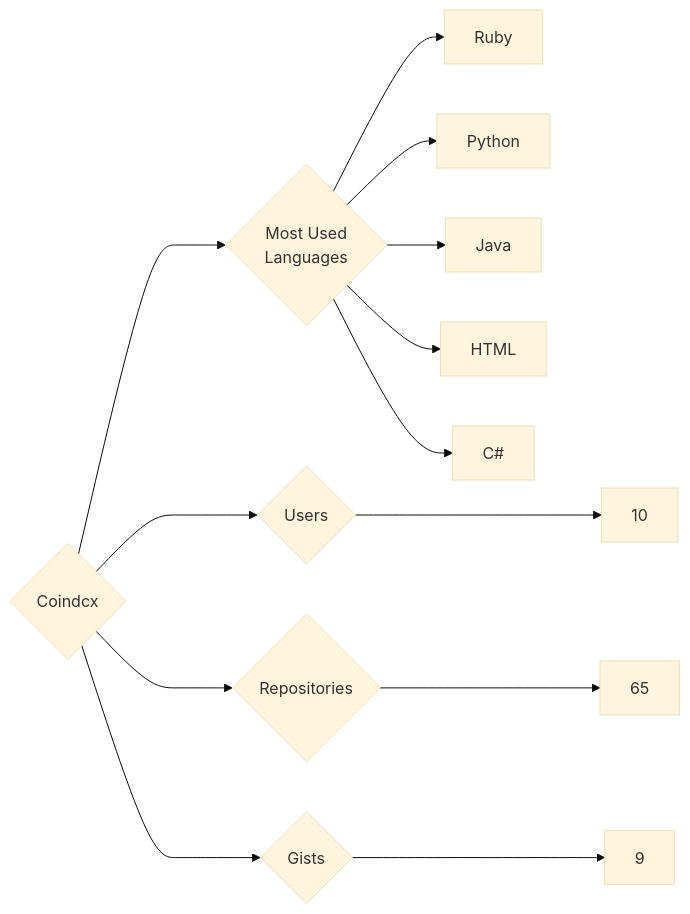
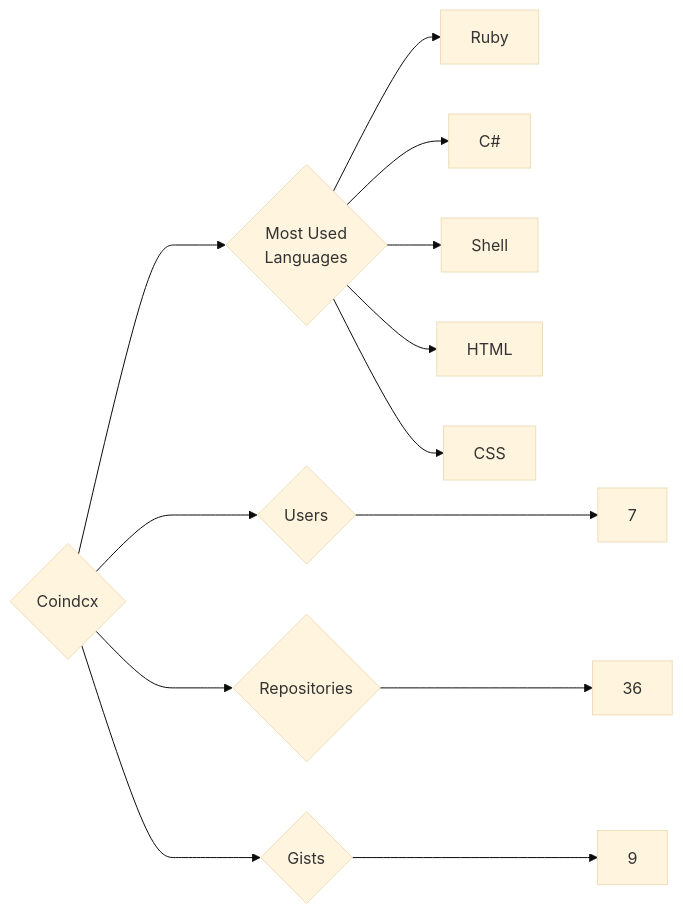
The diagram in targets/Coindcx/README.md (trickest/insiders), drawn with Mermaid (base theme) before and after one commit. The commit also changed 1055 other files, not shown here.

````diff
--- a/targets/Coindcx/README.md
+++ b/targets/Coindcx/README.md
@@ -3,13 +3,13 @@
 ```mermaid
 graph LR
 COMPANY_NAME{Coindcx}
-COMPANY_NAME ---> U{Users} ---> UN[10]
-COMPANY_NAME ---> R{Repositories} ---> RN[65]
+COMPANY_NAME ---> U{Users} ---> UN[7]
+COMPANY_NAME ---> R{Repositories} ---> RN[36]
 COMPANY_NAME ---> G{Gists} ---> GN[9]
 COMPANY_NAME ---> ML{Most Used<br>Languages}
 ML --> Ruby[Ruby]
-ML --> Python[Python]
-ML --> Java[Java]
+ML --> C#[C#]
+ML --> Shell[Shell]
 ML --> HTML[HTML]
-ML --> C#[C#]
+ML --> CSS[CSS]
 ```
````
